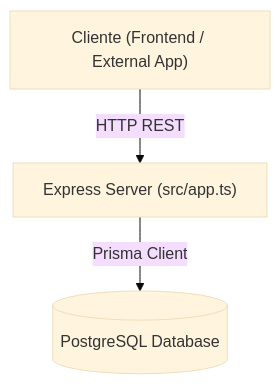
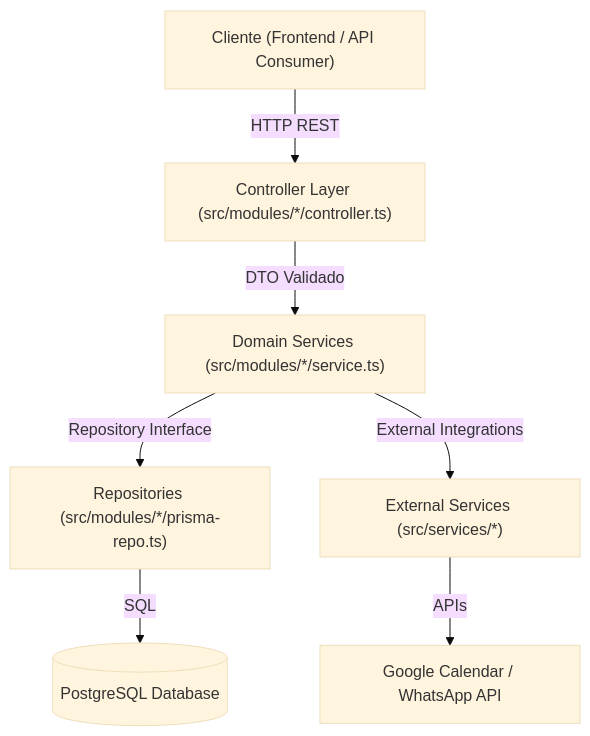
Before and after one commit to moka-web/Callvu_Agenda: the diagram in ARCHITECTURE.md, drawn with Mermaid (base theme). The commit also changed other lines of this file and 11 other files, not shown here.

Commit message:
feat(services): implement whatsapp business api webhook and messaging service with TDD

````diff
--- a/ARCHITECTURE.md
+++ b/ARCHITECTURE.md
@@ -11,5 +11,9 @@
 ```mermaid
 graph TD
-    Client["Cliente (Frontend / External App)"] -->|HTTP REST| API["Express Server (src/app.ts)"]
-    API -->|Prisma Client| DB[(PostgreSQL Database)]
+    Client["Cliente (Frontend / API Consumer)"] -->|HTTP REST| Controllers["Controller Layer (src/modules/*/controller.ts)"]
+    Controllers -->|DTO Validado| Services["Domain Services (src/modules/*/service.ts)"]
+    Services -->|Repository Interface| Repositories["Repositories (src/modules/*/prisma-repo.ts)"]
+    Services -->|External Integrations| ExtServices["External Services (src/services/*)"]
+    Repositories -->|SQL| Database[(PostgreSQL Database)]
+    ExtServices -->|APIs| External["Google Calendar / WhatsApp API"]
 ```
````
